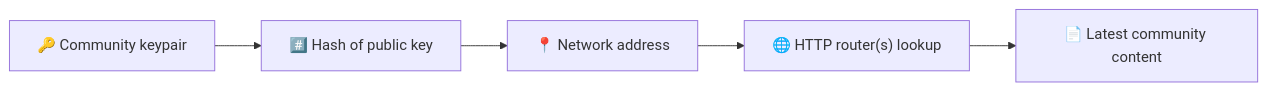
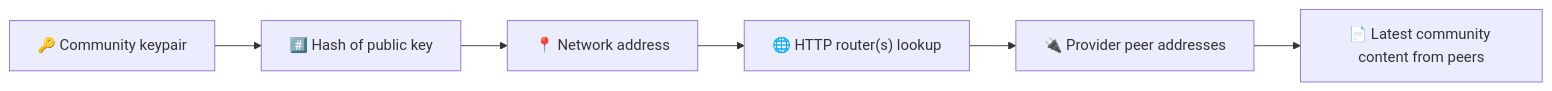
The first of 5 diagrams in docs/peer-to-peer-protocol.md (bitsocialnet/bitsocial-web), drawn with Mermaid before and after one commit. The commit also changed other lines of this file, not shown here.

Commit message:
fix(docs): address peer discovery review feedback

````diff
--- a/docs/peer-to-peer-protocol.md
+++ b/docs/peer-to-peer-protocol.md
@@ -31,7 +31,8 @@
 ```mermaid
 graph LR
     K["🔑 Community keypair"] --> H["#️⃣ Hash of public key"]
     H --> A["📍 Network address"]
     A --> D["🌐 HTTP router(s) lookup"]
-    D --> C["📄 Latest community content"]
+    D --> P["🔌 Provider peer addresses"]
+    P --> C["📄 Latest community content from peers"]
 ```
````
